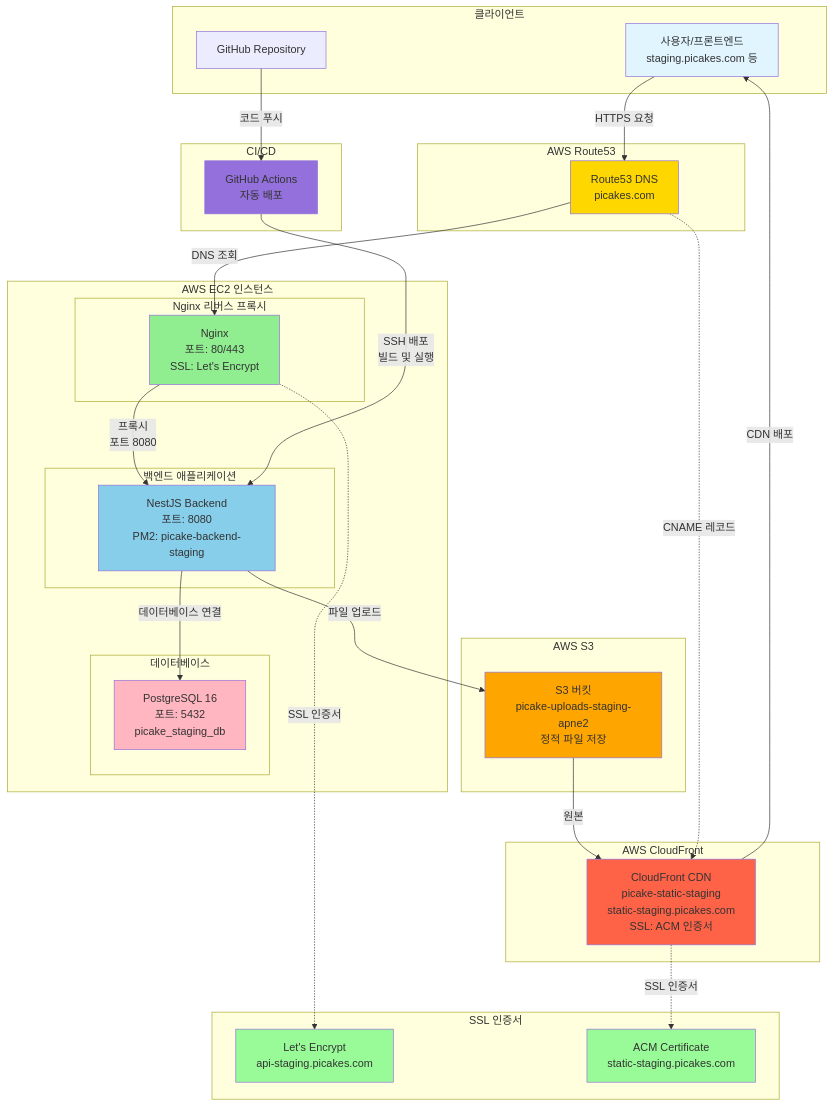
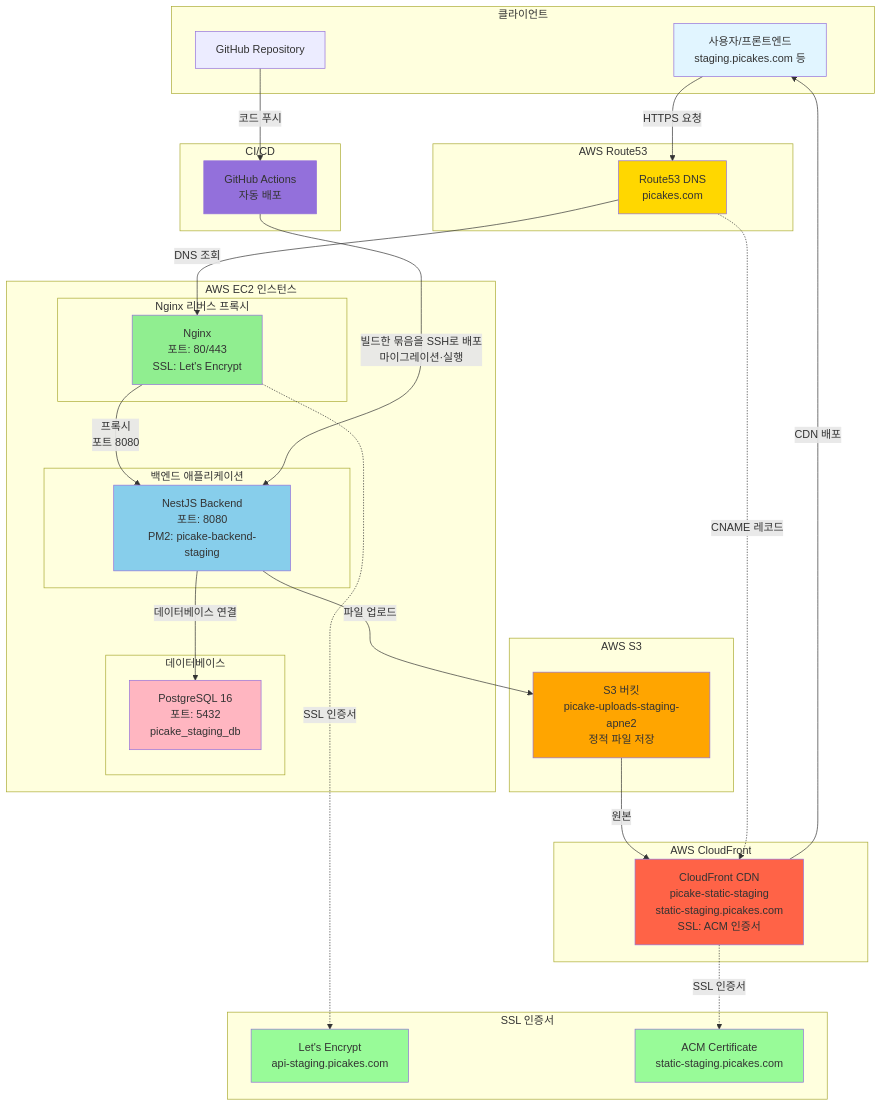
Before and after one commit to picake-team/picake-engineering-backend: the diagram in docs/infra/aws/(검증)EC2_Route53_S3_CloudFront.md, drawn with Mermaid. The commit also changed other lines of this file and 3 other files, not shown here.

````diff
--- a/docs/infra/aws/(검증)EC2_Route53_S3_CloudFront.md
+++ b/docs/infra/aws/(검증)EC2_Route53_S3_CloudFront.md
@@ -561,79 +567,79 @@
 ```mermaid
 graph TB
     subgraph "클라이언트"
         User[사용자/프론트엔드<br/>staging.picakes.com 등]
         GitHub[GitHub Repository]
     end
 
     subgraph "AWS Route53"
         Route53[Route53 DNS<br/>picakes.com]
     end
 
     subgraph "AWS EC2 인스턴스"
         subgraph "Nginx 리버스 프록시"
             Nginx[Nginx<br/>포트: 80/443<br/>SSL: Let's Encrypt]
         end
 
         subgraph "백엔드 애플리케이션"
             Backend[NestJS Backend<br/>포트: 8080<br/>PM2: picake-backend-staging]
         end
 
         subgraph "데이터베이스"
             PostgreSQL[PostgreSQL 16<br/>포트: 5432<br/>picake_staging_db]
         end
     end
 
     subgraph "AWS S3"
         S3[S3 버킷<br/>picake-uploads-staging-apne2<br/>정적 파일 저장]
     end
 
     subgraph "AWS CloudFront"
         CloudFront[CloudFront CDN<br/>picake-static-staging<br/>static-staging.picakes.com<br/>SSL: ACM 인증서]
     end
 
     subgraph "CI/CD"
         GitHubActions[GitHub Actions<br/>자동 배포]
     end
 
     subgraph "SSL 인증서"
         LetsEncrypt[Let's Encrypt<br/>api-staging.picakes.com]
         ACM[ACM Certificate<br/>static-staging.picakes.com]
     end
 
     %% 클라이언트 → Route53
     User -->|HTTPS 요청| Route53
     Route53 -->|DNS 조회| Nginx
 
     %% Nginx → Backend
     Nginx -->|프록시<br/>포트 8080| Backend
     Nginx -.->|SSL 인증서| LetsEncrypt
 
     %% Backend → PostgreSQL
     Backend -->|데이터베이스 연결| PostgreSQL
 
     %% Backend → S3
     Backend -->|파일 업로드| S3
 
     %% S3 → CloudFront
     S3 -->|원본| CloudFront
     CloudFront -->|CDN 배포| User
     CloudFront -.->|SSL 인증서| ACM
 
     %% GitHub Actions → EC2
     GitHub -->|코드 푸시| GitHubActions
-    GitHubActions -->|SSH 배포<br/>빌드 및 실행| Backend
+    GitHubActions -->|빌드한 묶음을 SSH로 배포<br/>마이그레이션·실행| Backend
 
     %% Route53 → CloudFront
     Route53 -.->|CNAME 레코드| CloudFront
 
     style User fill:#e1f5ff
     style Route53 fill:#ffd700
     style Nginx fill:#90ee90
     style Backend fill:#87ceeb
     style PostgreSQL fill:#ffb6c1
     style S3 fill:#ffa500
     style CloudFront fill:#ff6347
     style GitHubActions fill:#9370db
     style LetsEncrypt fill:#98fb98
     style ACM fill:#98fb98
 ```
````
